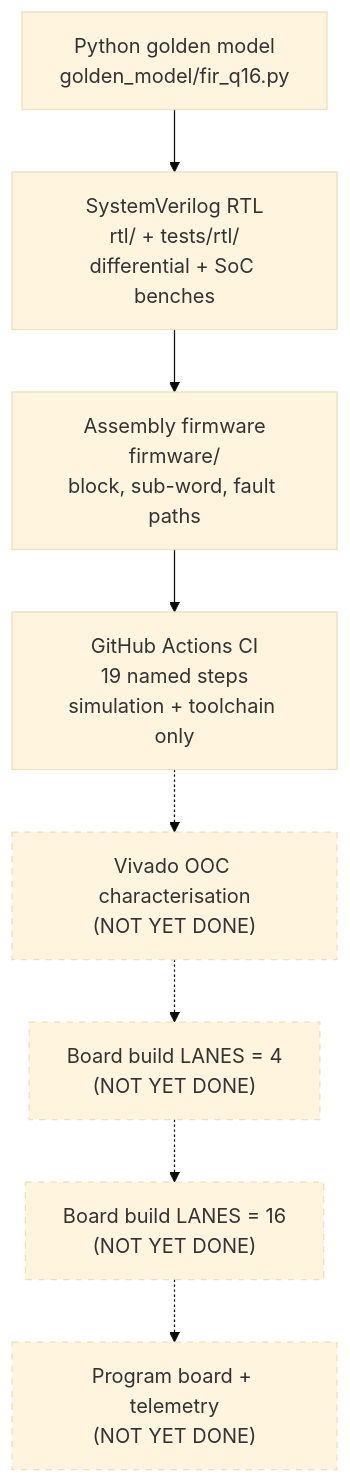
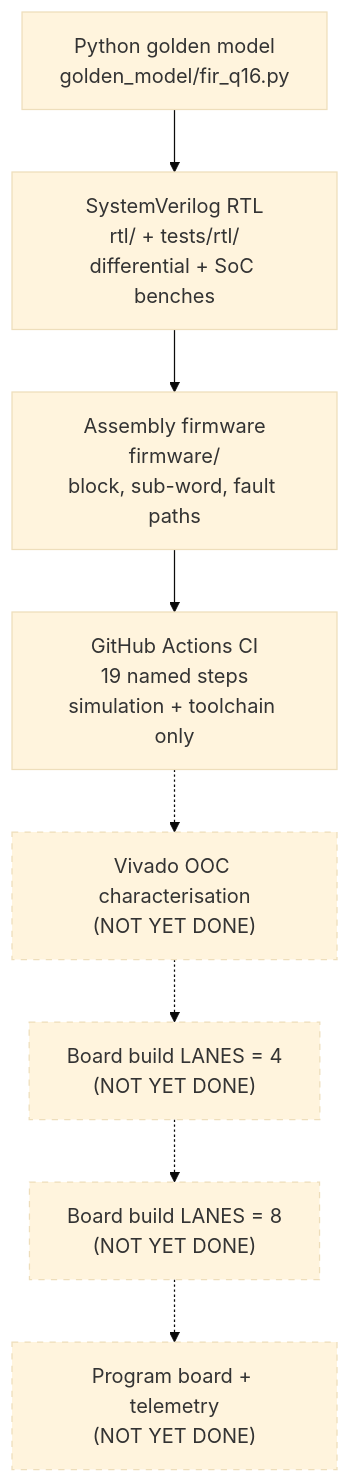
The third of 3 diagrams in README.md (Aneeshparveda/NEXUS-32), drawn with Mermaid (base theme) before and after one commit. The commit also changed other lines of this file and 14 other files, not shown here.

First line of the commit message:
vivado: Windows-ready Basys 3 flow, BRAM-inferable memories, LANES=8 board default

````diff
--- a/README.md
+++ b/README.md
@@ -106,20 +106,20 @@
 ```mermaid
 flowchart TD
     GOLD["Python golden model<br/>golden_model/fir_q16.py"]
     RTL["SystemVerilog RTL<br/>rtl/ + tests/rtl/<br/>differential + SoC benches"]
     FW["Assembly firmware<br/>firmware/<br/>block, sub-word, fault paths"]
     CI["GitHub Actions CI<br/>19 named steps<br/>simulation + toolchain only"]
     OOC["Vivado OOC characterisation<br/>(NOT YET DONE)"]
     BOARD4["Board build LANES = 4<br/>(NOT YET DONE)"]
-    BOARD16["Board build LANES = 16<br/>(NOT YET DONE)"]
+    BOARD16["Board build LANES = 8<br/>(NOT YET DONE)"]
     PROG["Program board + telemetry<br/>(NOT YET DONE)"]
     GOLD --> RTL
     RTL --> FW
     FW --> CI
     CI -.-> OOC
     OOC -.-> BOARD4
     BOARD4 -.-> BOARD16
     BOARD16 -.-> PROG
     classDef notdone stroke-dasharray: 5 5
     class OOC,BOARD4,BOARD16,PROG notdone
 ```
````
